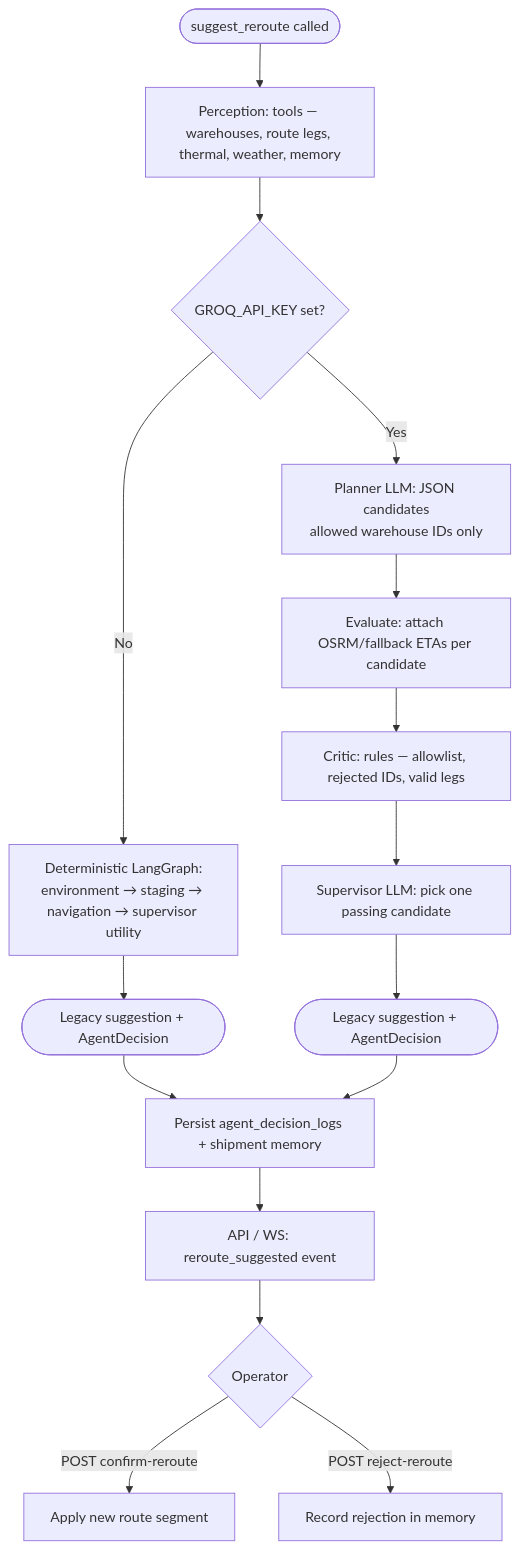
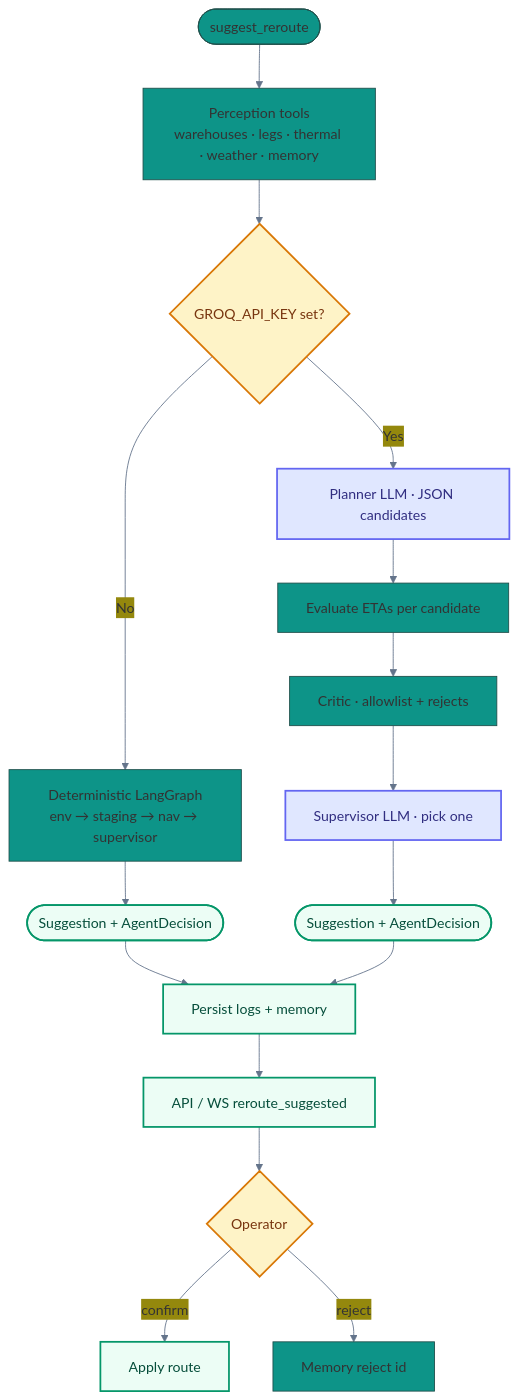
The fifth of 7 diagrams in docs/FLOWCHARTS.md (dhanyakini/PharmAI-Chain), drawn with Mermaid before and after one commit. The commit also changed other lines of this file and 8 other files, not shown here.

Commit message:
Update documentation to include architecture diagrams and PNG export instructions in README and FLOWCHARTS.md

````diff
--- a/docs/FLOWCHARTS.md
+++ b/docs/FLOWCHARTS.md
@@ -143,21 +158,30 @@
 ```mermaid
+%%{init: {'theme':'base','themeVariables':{'primaryColor':'#0d9488','lineColor':'#64748b','clusterBkg':'#f1f5f9'},'flowchart':{'curve':'basis','padding':16}}}%%
 flowchart TD
-  START([suggest_reroute called]) --> PERC[Perception: tools — warehouses, route legs, thermal, weather, memory]
+  classDef gate fill:#fef3c7,stroke:#d97706,stroke-width:2px,color:#78350f
+  classDef llm fill:#e0e7ff,stroke:#6366f1,stroke-width:2px,color:#312e81
+  classDef out fill:#ecfdf5,stroke:#059669,stroke-width:2px,color:#064e3b
+
+  START([suggest_reroute]) --> PERC["Perception tools<br/>warehouses · legs · thermal · weather · memory"]
   PERC --> KEY{GROQ_API_KEY set?}
 
-  KEY -->|No| DET[Deterministic LangGraph:<br/>environment → staging → navigation → supervisor utility]
-  DET --> OUT1([Legacy suggestion + AgentDecision])
+  KEY -->|No| DET["Deterministic LangGraph<br/>env → staging → nav → supervisor"]
+  DET --> OUT1([Suggestion + AgentDecision])
 
-  KEY -->|Yes| PLAN[Planner LLM: JSON candidates<br/>allowed warehouse IDs only]
-  PLAN --> EVAL[Evaluate: attach OSRM/fallback ETAs per candidate]
-  EVAL --> CRIT[Critic: rules — allowlist, rejected IDs, valid legs]
-  CRIT --> SUP[Supervisor LLM: pick one passing candidate]
-  SUP --> OUT2([Legacy suggestion + AgentDecision])
+  KEY -->|Yes| PLAN["Planner LLM · JSON candidates"]
+  PLAN --> EVAL["Evaluate ETAs per candidate"]
+  EVAL --> CRIT["Critic · allowlist + rejects"]
+  CRIT --> SUP["Supervisor LLM · pick one"]
+  SUP --> OUT2([Suggestion + AgentDecision])
 
-  OUT1 --> PERSIST[Persist agent_decision_logs + shipment memory]
+  OUT1 --> PERSIST[Persist logs + memory]
   OUT2 --> PERSIST
-  PERSIST --> UI[API / WS: reroute_suggested event]
-  UI --> OP{Operator}
-  OP -->|POST confirm-reroute| APPLY[Apply new route segment]
-  OP -->|POST reject-reroute| MEM[Record rejection in memory]
+  PERSIST --> EVT[API / WS reroute_suggested]
+  EVT --> OP{Operator}
+  OP -->|confirm| APPLY[Apply route]
+  OP -->|reject| MEM[Memory reject id]
+
+  class KEY,OP gate
+  class PLAN,SUP llm
+  class OUT1,OUT2,APPLY,PERSIST,EVT out
 ```
````
